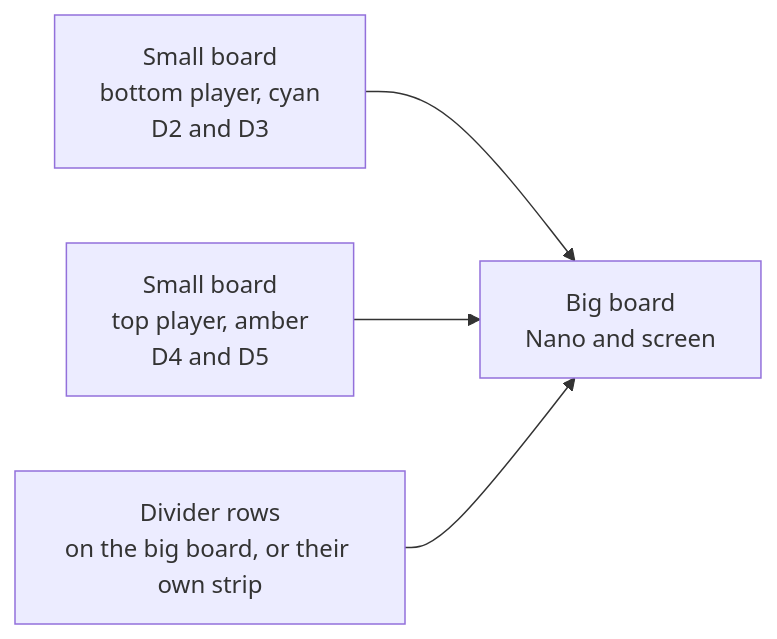
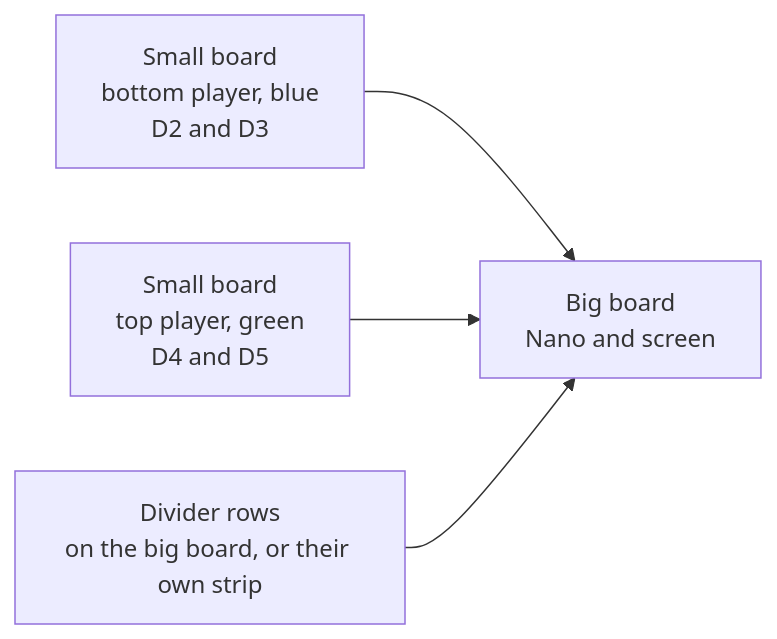
The diagram in docs/HARDWARE.md (hronkrobotics/pong-tft), drawn with Mermaid before and after one commit. The commit also changed other lines of this file and 6 other files, not shown here.

Commit message:
Color the bottom paddle blue and the top paddle green to match the button boards.

````diff
--- a/docs/HARDWARE.md
+++ b/docs/HARDWARE.md
@@ -5,6 +5,6 @@
 ```mermaid
 flowchart LR
-    BOT["Small board<br/>bottom player, cyan<br/>D2 and D3"] --> BIG["Big board<br/>Nano and screen"]
-    TOP["Small board<br/>top player, amber<br/>D4 and D5"] --> BIG
+    BOT["Small board<br/>bottom player, blue<br/>D2 and D3"] --> BIG["Big board<br/>Nano and screen"]
+    TOP["Small board<br/>top player, green<br/>D4 and D5"] --> BIG
     DIV["Divider rows<br/>on the big board, or their own strip"] --> BIG
 ```
````
